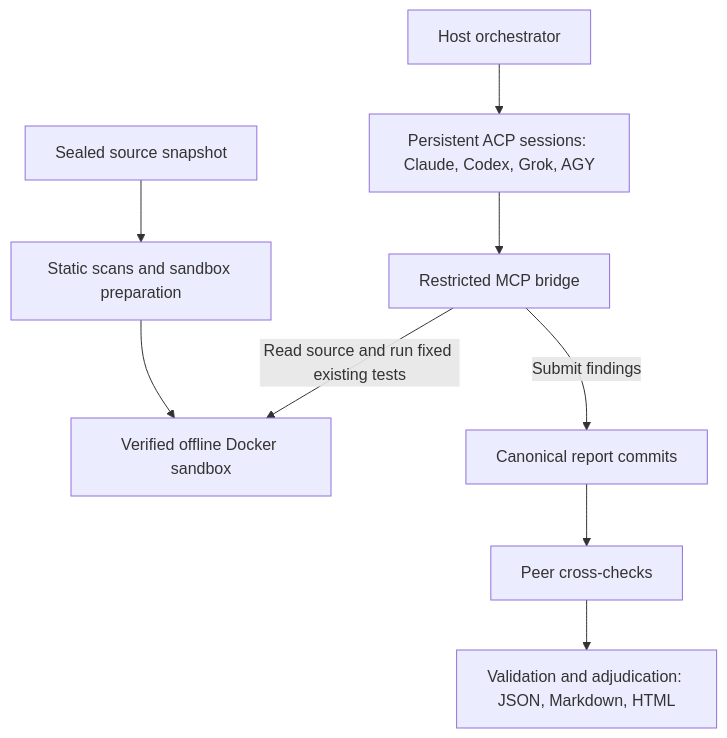
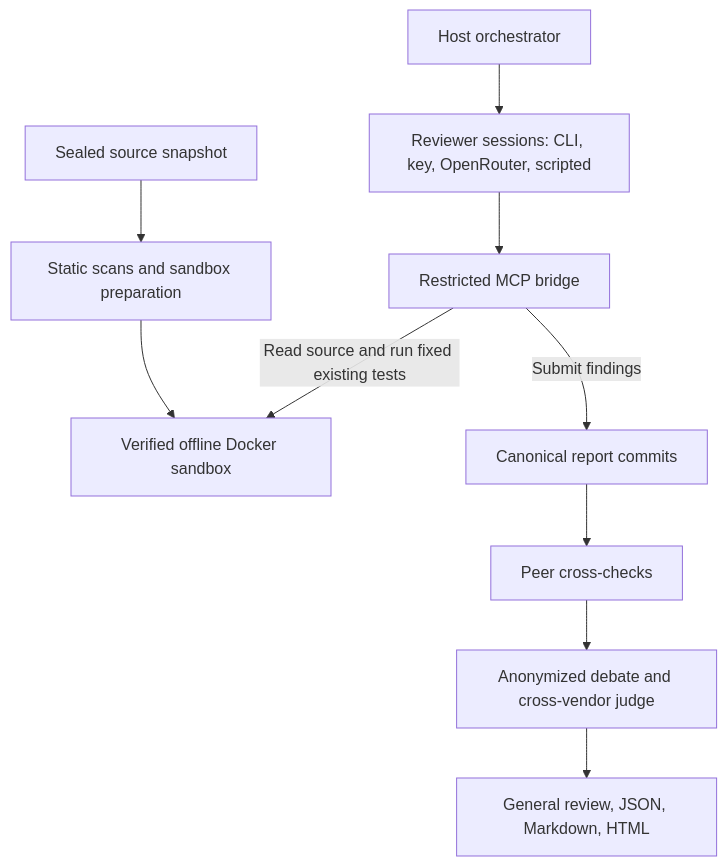
The diagram in README.md (recferret-bit/OmniSwarm), drawn with Mermaid before and after one commit. The commit also changed other lines of this file and 2 other files, not shown here.

````diff
--- a/README.md
+++ b/README.md
@@ -31,11 +148,12 @@
 ```mermaid
 flowchart TB
     Source[Sealed source snapshot] --> Prepare[Static scans and sandbox preparation]
     Prepare --> Sandbox[Verified offline Docker sandbox]
-    Orchestrator[Host orchestrator] --> Reviewers[Persistent ACP sessions: Claude, Codex, Grok, AGY]
+    Orchestrator[Host orchestrator] --> Reviewers[Reviewer sessions: CLI, key, OpenRouter, scripted]
     Reviewers --> Bridge[Restricted MCP bridge]
     Bridge -->|Read source and run fixed existing tests| Sandbox
     Bridge -->|Submit findings| Commit[Canonical report commits]
     Commit --> Peers[Peer cross-checks]
-    Peers --> Reports[Validation and adjudication: JSON, Markdown, HTML]
+    Peers --> Debate[Anonymized debate and cross-vendor judge]
+    Debate --> Reports[General review, JSON, Markdown, HTML]
 ```
````
